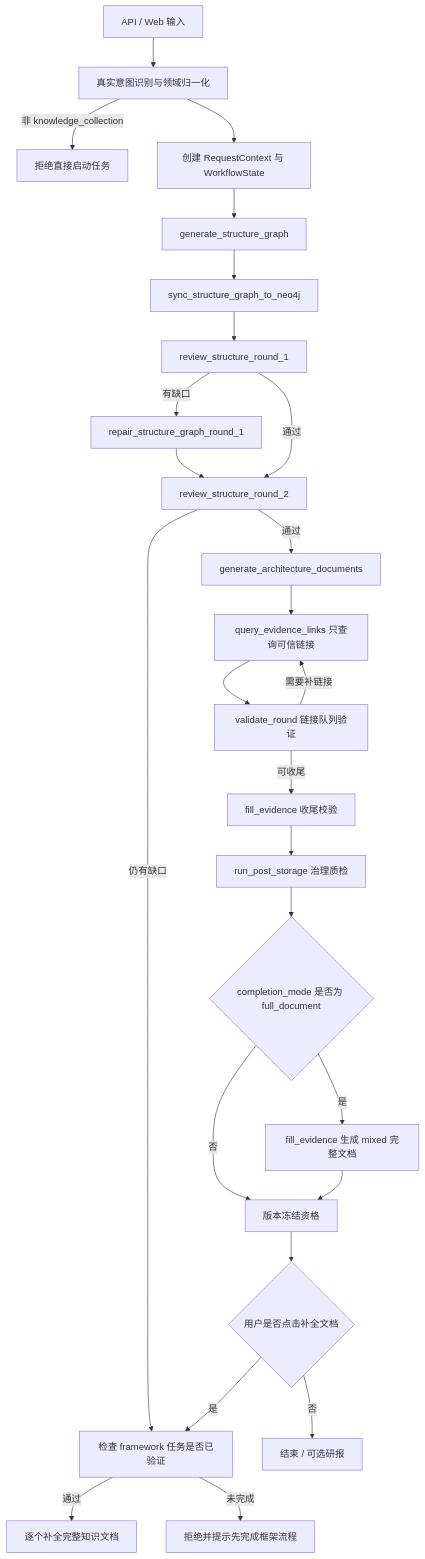
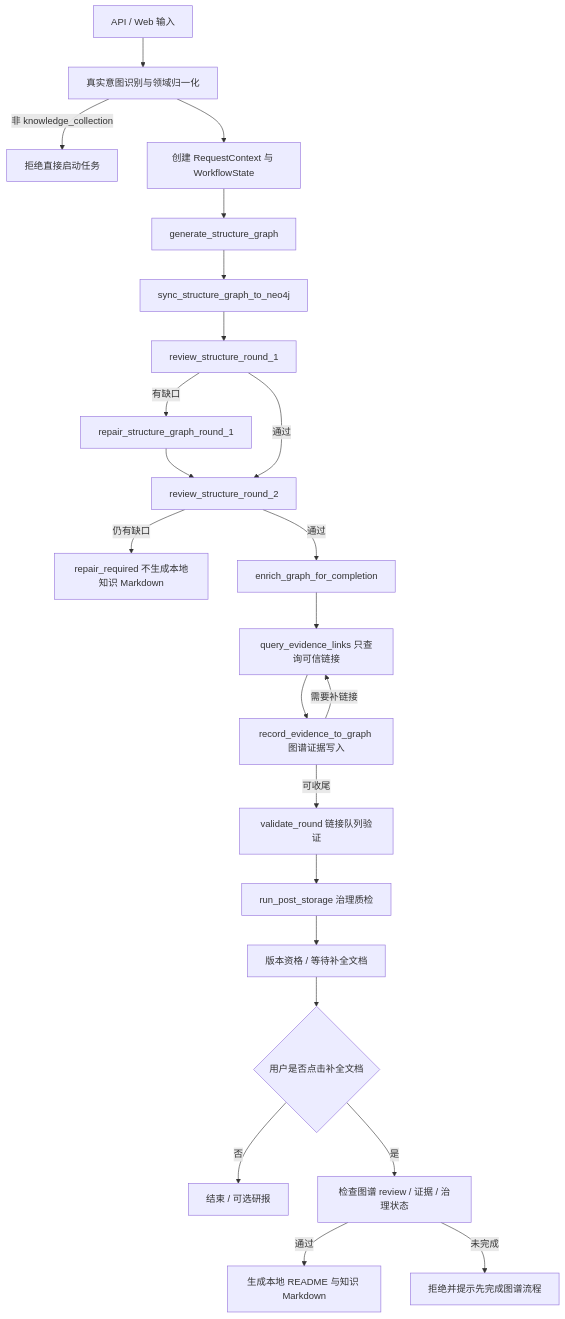
The diagram in docs/流程执行文档.md (crabin/knowledgeforge), drawn with Mermaid before and after one commit. The commit also changed other lines of this file and 5 other files, not shown here.

Commit message:
docs: make markdown completion explicit

````diff
--- a/docs/流程执行文档.md
+++ b/docs/流程执行文档.md
@@ -11,28 +11,25 @@
 ```mermaid
 flowchart TD
     A[API / Web 输入] --> B[真实意图识别与领域归一化]
     B -->|非 knowledge_collection| X[拒绝直接启动任务]
     B --> C[创建 RequestContext 与 WorkflowState]
     C --> D[generate_structure_graph]
     D --> E[sync_structure_graph_to_neo4j]
     E --> F[review_structure_round_1]
     F -->|有缺口| G[repair_structure_graph_round_1]
     G --> H[review_structure_round_2]
     F -->|通过| H
-    H -->|仍有缺口| S[repair_required 并停止落盘]
-    H -->|通过| I[generate_architecture_documents]
+    H -->|仍有缺口| S[repair_required 不生成本地知识 Markdown]
+    H -->|通过| I[enrich_graph_for_completion]
     I --> J[query_evidence_links 只查询可信链接]
-    J --> K[validate_round 链接队列验证]
+    J --> K[record_evidence_to_graph 图谱证据写入]
     K -->|需要补链接| J
-    K -->|可收尾| L[fill_evidence 收尾校验]
+    K -->|可收尾| L[validate_round 链接队列验证]
     L --> M[run_post_storage 治理质检]
-    M --> N{completion_mode 是否为 full_document}
-    N -->|是| O[fill_evidence 生成 mixed 完整文档]
-    N -->|否| P[版本冻结资格]
-    O --> P
+    M --> P[版本资格 / 等待补全文档]
     P --> Q{用户是否点击补全文档}
     Q -->|否| R[结束 / 可选研报]
-    Q -->|是| S[检查 framework 任务是否已验证]
-    S -->|通过| T[逐个补全完整知识文档]
-    S -->|未完成| U[拒绝并提示先完成框架流程]
+    Q -->|是| T[检查图谱 review / 证据 / 治理状态]
+    T -->|通过| U[生成本地 README 与知识 Markdown]
+    T -->|未完成| V[拒绝并提示先完成图谱流程]
 ```
````
